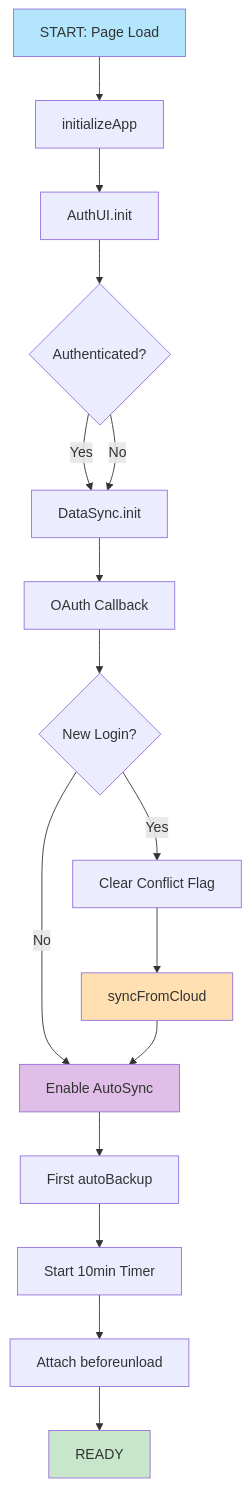
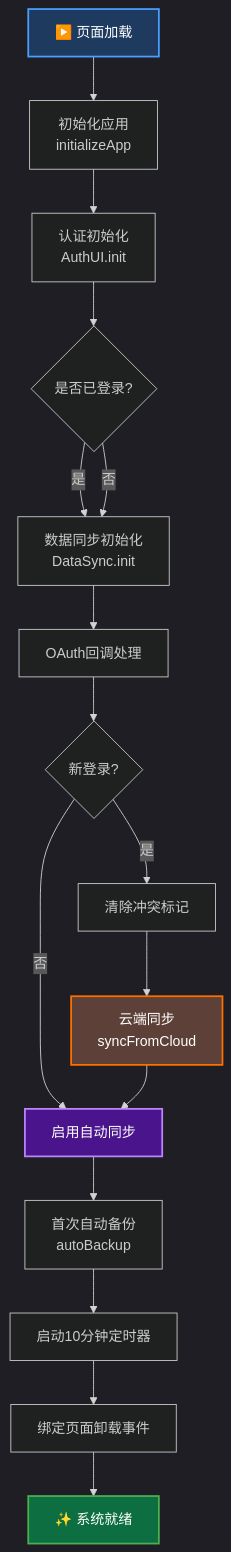
One commit to Fuck996/yanyu_tools changed the first of 4 diagrams in doc/FLOWCHART_DIAGRAMS.md. Above: the diagram before and after it, drawn with Mermaid. The commit also changed other lines of this file and 2 other files, not shown here.

````diff
--- a/doc/FLOWCHART_DIAGRAMS.md
+++ b/doc/FLOWCHART_DIAGRAMS.md
@@ -33,27 +31,28 @@
 ```mermaid
+%%{init: {'theme':'dark'}}%%
 graph TD
-    A["START: Page Load"] --> B["initializeApp"]
-    B --> C["AuthUI.init"]
-    C --> D{Authenticated?}
+    A["▶️ 页面加载"] --> B["初始化应用<br/>initializeApp"]
+    B --> C["认证初始化<br/>AuthUI.init"]
+    C --> D{是否已登录?}
     
-    D -->|Yes| E["DataSync.init"]
-    D -->|No| E
+    D -->|是| E["数据同步初始化<br/>DataSync.init"]
+    D -->|否| E
     
-    E --> F["OAuth Callback"]
-    F --> G{New Login?}
+    E --> F["OAuth回调处理"]
+    F --> G{新登录?}
     
-    G -->|Yes| G1["Clear Conflict Flag"]
-    G1 --> G2["syncFromCloud"]
-    G -->|No| E1["Enable AutoSync"]
+    G -->|是| G1["清除冲突标记"]
+    G1 --> G2["云端同步<br/>syncFromCloud"]
+    G -->|否| E1["启用自动同步"]
     G2 --> E1
     
-    E1 --> H["First autoBackup"]
-    H --> I["Start 10min Timer"]
-    I --> J["Attach beforeunload"]
-    J --> K["READY"]
+    E1 --> H["首次自动备份<br/>autoBackup"]
+    H --> I["启动10分钟定时器"]
+    I --> J["绑定页面卸载事件"]
+    J --> K["✨ 系统就绪"]
     
-    style A fill:#B3E5FC
-    style K fill:#C8E6C9
-    style G2 fill:#FFE0B2
-    style E1 fill:#E1BEE7
+    style A fill:#1e3a5f,stroke:#4a9eff,stroke-width:2px,color:#fff
+    style K fill:#0d6e41,stroke:#4caf50,stroke-width:2px,color:#fff
+    style G2 fill:#5d4037,stroke:#ff6f00,stroke-width:2px,color:#fff
+    style E1 fill:#4a148c,stroke:#bb86fc,stroke-width:2px,color:#fff
 ```
````
